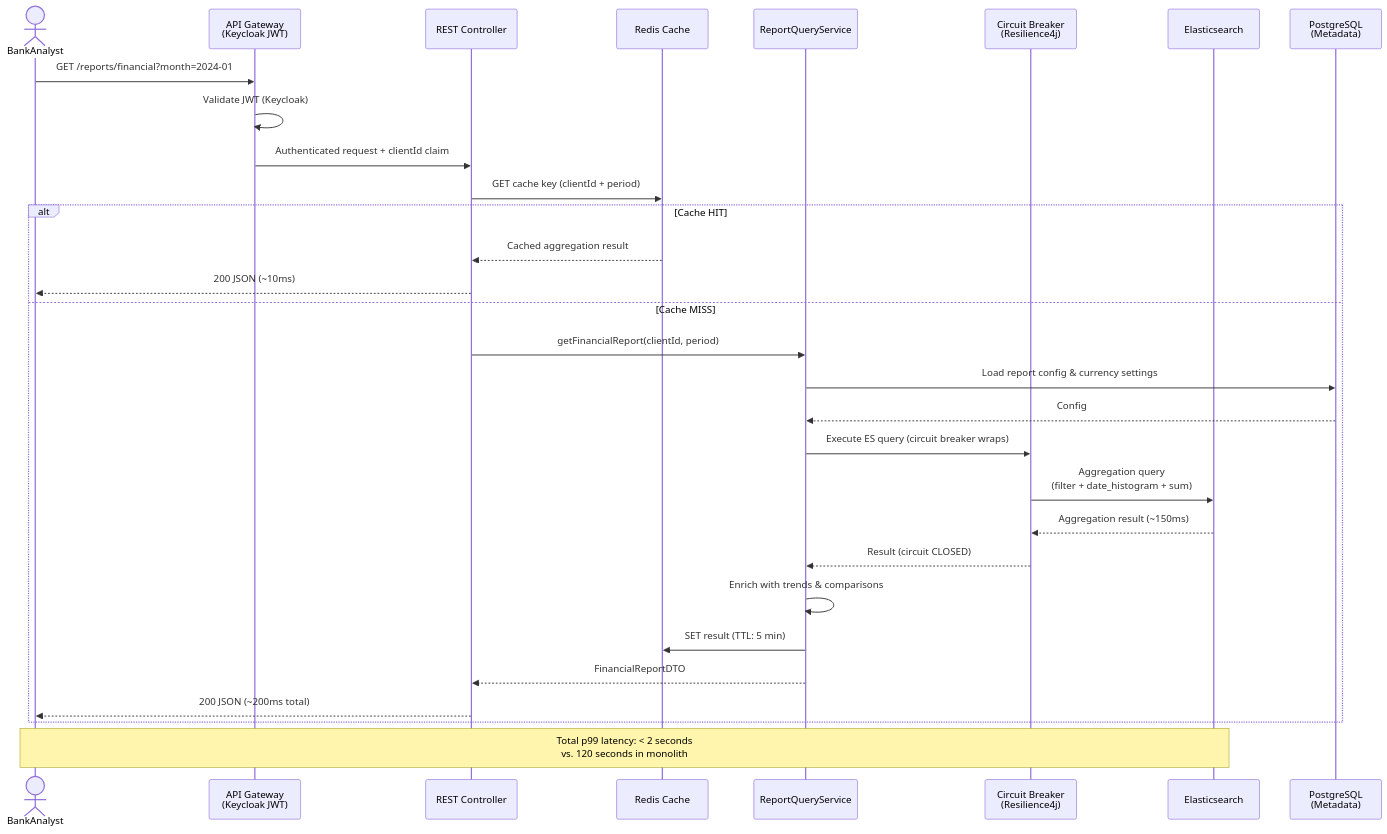
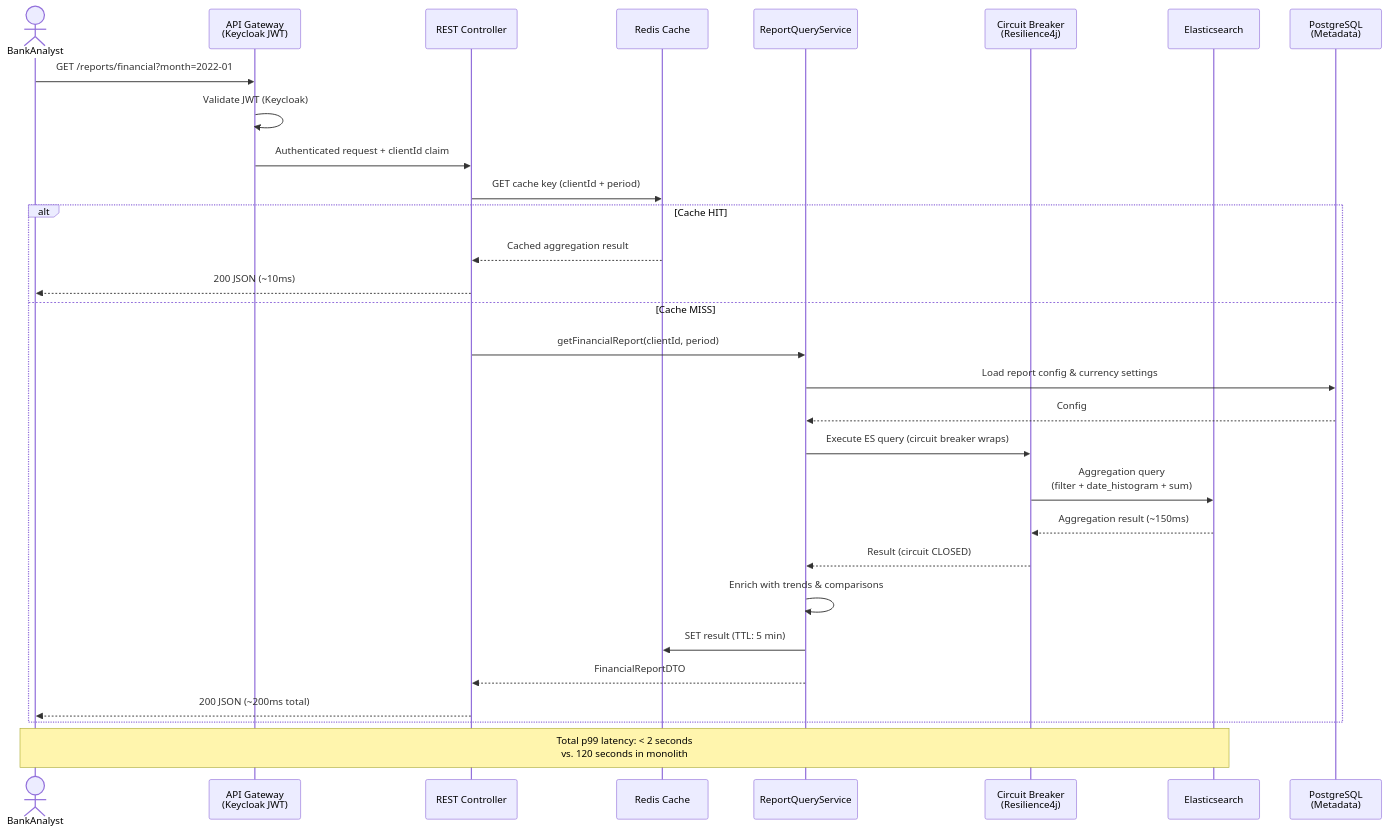
Diagram 11 of 12 in architecture and decoupling.md (makeitfine-org/reporting), drawn with Mermaid before and after one commit. The commit also changed other lines of this file and 3 other files, not shown here.

````diff
--- a/architecture and decoupling.md
+++ b/architecture and decoupling.md
@@ -739,37 +739,37 @@
 ```mermaid
 sequenceDiagram
     actor BankAnalyst
     participant GW as API Gateway<br/>(Keycloak JWT)
     participant API as REST Controller
     participant Cache as Redis Cache
     participant AppSvc as ReportQueryService
     participant CB as Circuit Breaker<br/>(Resilience4j)
     participant ES as Elasticsearch
     participant PG as PostgreSQL<br/>(Metadata)
 
-    BankAnalyst->>GW: GET /reports/financial?month=2024-01
+    BankAnalyst->>GW: GET /reports/financial?month=2022-01
     GW->>GW: Validate JWT (Keycloak)
     GW->>API: Authenticated request + clientId claim
 
     API->>Cache: GET cache key (clientId + period)
     alt Cache HIT
         Cache-->>API: Cached aggregation result
         API-->>BankAnalyst: 200 JSON (~10ms)
     else Cache MISS
         API->>AppSvc: getFinancialReport(clientId, period)
         AppSvc->>PG: Load report config & currency settings
         PG-->>AppSvc: Config
 
         AppSvc->>CB: Execute ES query (circuit breaker wraps)
         CB->>ES: Aggregation query<br/>(filter + date_histogram + sum)
         ES-->>CB: Aggregation result (~150ms)
         CB-->>AppSvc: Result (circuit CLOSED)
 
         AppSvc->>AppSvc: Enrich with trends & comparisons
         AppSvc->>Cache: SET result (TTL: 5 min)
         AppSvc-->>API: FinancialReportDTO
         API-->>BankAnalyst: 200 JSON (~200ms total)
     end
 
     Note over BankAnalyst,ES: Total p99 latency: < 2 seconds<br/>vs. 120 seconds in monolith
 ```
````
